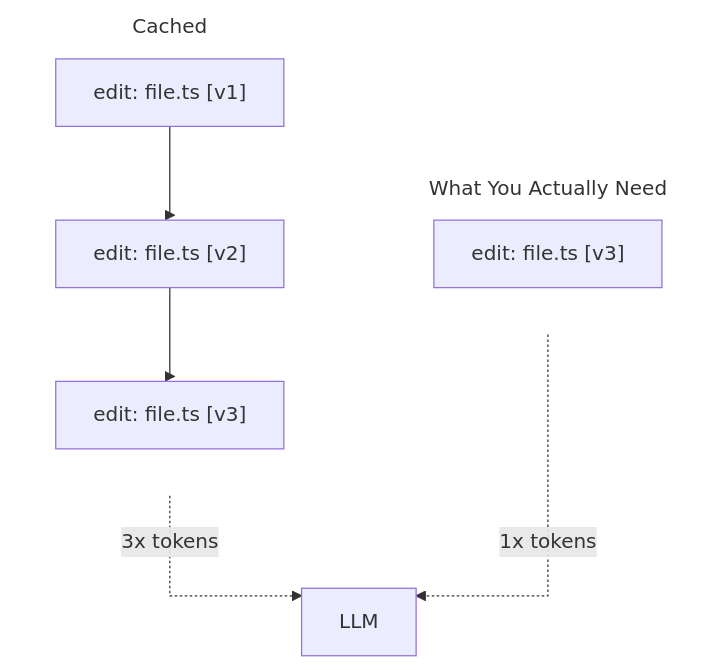
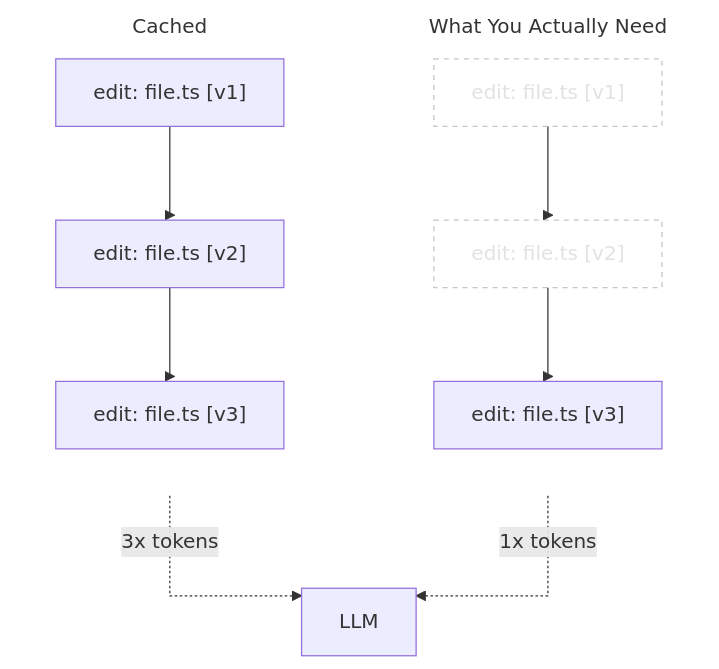
The diagram in content/posts/prompt-caching-sucks.mdx (cau1k/caulk.lol), drawn with Mermaid before and after one commit.

````diff
--- a/content/posts/prompt-caching-sucks.mdx
+++ b/content/posts/prompt-caching-sucks.mdx
@@ -16,19 +16,22 @@
 ```mermaid
 %%{ init: { 'flowchart': { 'curve': 'stepBefore' } } }%%
 flowchart TB
     subgraph current["What You Actually Need"]
         direction TB
-        need["edit: file.ts [v3]"]
+        v1ghost["edit: file.ts [v1]"] --> v2ghost["edit: file.ts [v2]"] --> need["edit: file.ts [v3]"]
     end
 
     subgraph cached["Cached"]
         direction TB
         v1["edit: file.ts [v1]"] --> v2["edit: file.ts [v2]"] --> v3["edit: file.ts [v3]"]
     end
 
     need -. "1x tokens" .-> LLM
     v3 -. "3x tokens" .-> LLM
 
+    classDef ghost fill:transparent,stroke:#8c8c8c,color:#8c8c8c,stroke-dasharray:4 4,opacity:0.5
+    class v1ghost,v2ghost ghost
+
     style current fill:none,stroke:none
     style cached fill:none,stroke:none
 ```
````
